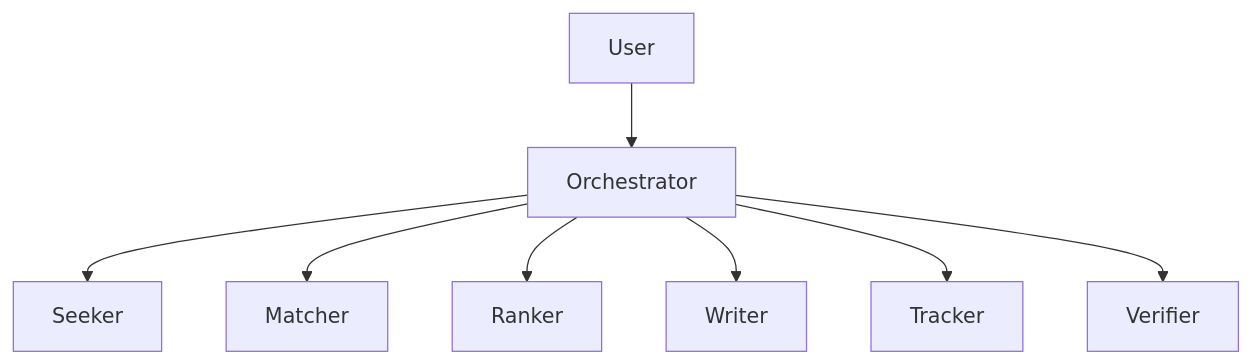
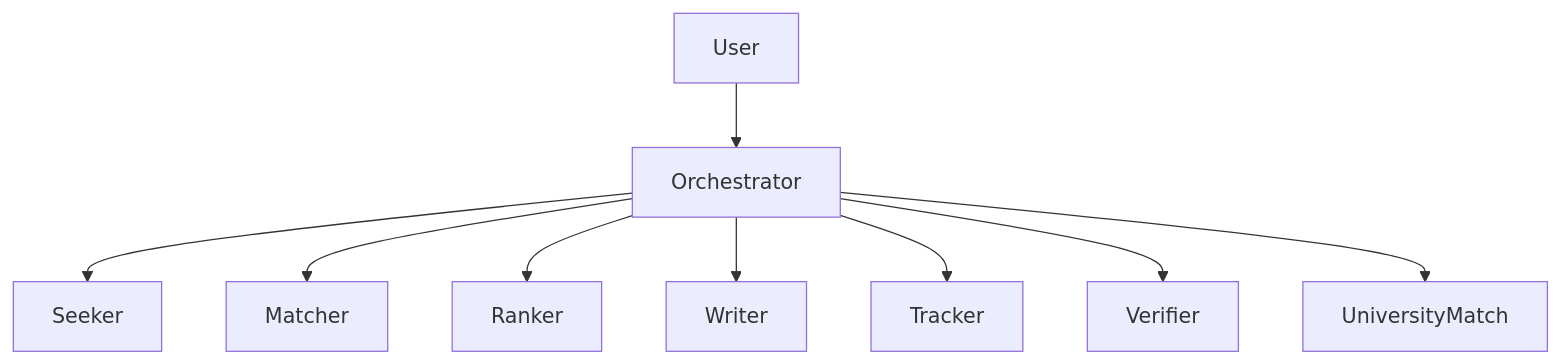
Before and after one commit to husthunterpy01/agent_ConnectOnion_application: the diagram in README.md, drawn with Mermaid. The commit also changed other lines of this file and 29 other files, not shown here.

````diff
--- a/README.md
+++ b/README.md
@@ -42,10 +43,11 @@
 ```mermaid
 graph TD
     A[User] --> B[Orchestrator]
     B --> C[Seeker]
     B --> D[Matcher]
     B --> E[Ranker]
     B --> F[Writer]
     B --> G[Tracker]
     B --> H[Verifier]
+    B --> I[UniversityMatch]
 ```
````
